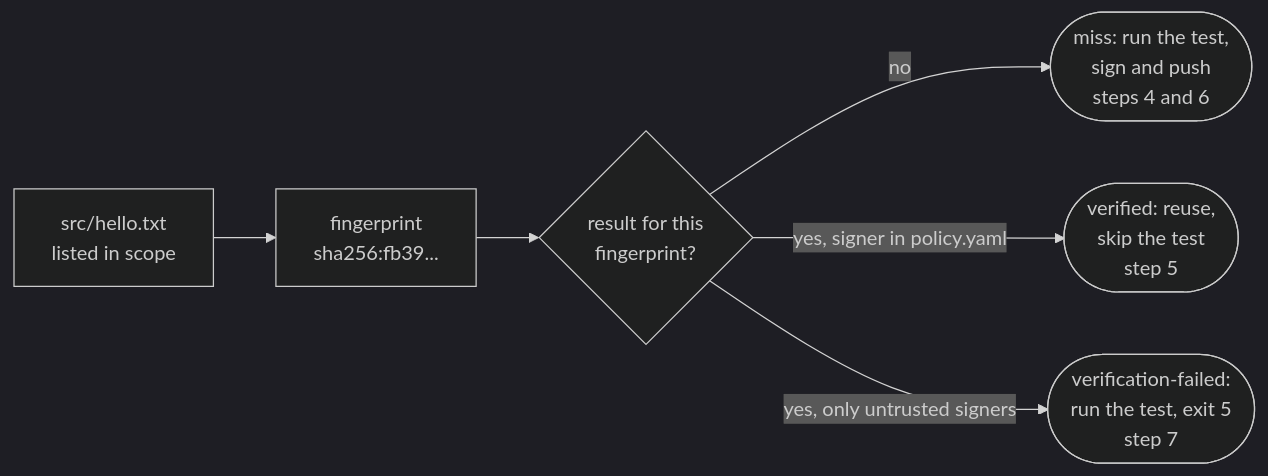
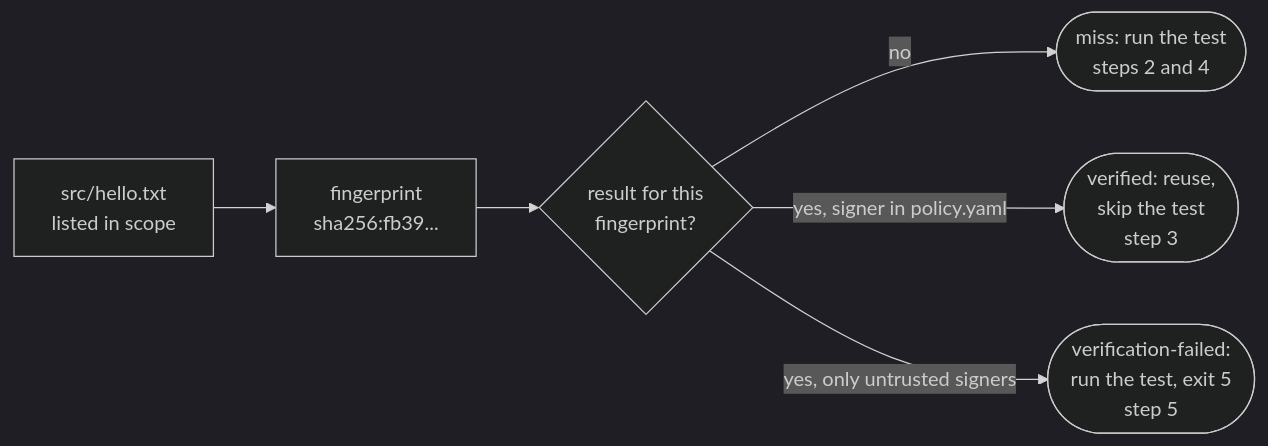
One commit to TrianaLab/aval changed the diagram in docs/quickstart.md. Above: the diagram before and after it, drawn with Mermaid (dark theme). The commit also changed other lines of this file and 48 other files, not shown here.

````diff
--- a/docs/quickstart.md
+++ b/docs/quickstart.md
@@ -168,8 +162,8 @@
 ```mermaid
 flowchart LR
   files[src/hello.txt<br>listed in scope] --> fp[fingerprint<br>sha256:fb39...]
   fp --> look{result for this<br>fingerprint?}
-  look -- no --> miss([miss: run the test,<br>sign and push<br>steps 4 and 6]):::muted
-  look -- "yes, signer in policy.yaml" --> ok([verified: reuse,<br>skip the test<br>step 5]):::ok
-  look -- "yes, only untrusted signers" --> bad([verification-failed:<br>run the test, exit 5<br>step 7]):::err
+  look -- no --> miss([miss: run the test<br>steps 2 and 4]):::muted
+  look -- "yes, signer in policy.yaml" --> ok([verified: reuse,<br>skip the test<br>step 3]):::ok
+  look -- "yes, only untrusted signers" --> bad([verification-failed:<br>run the test, exit 5<br>step 5]):::err
 ```
````
